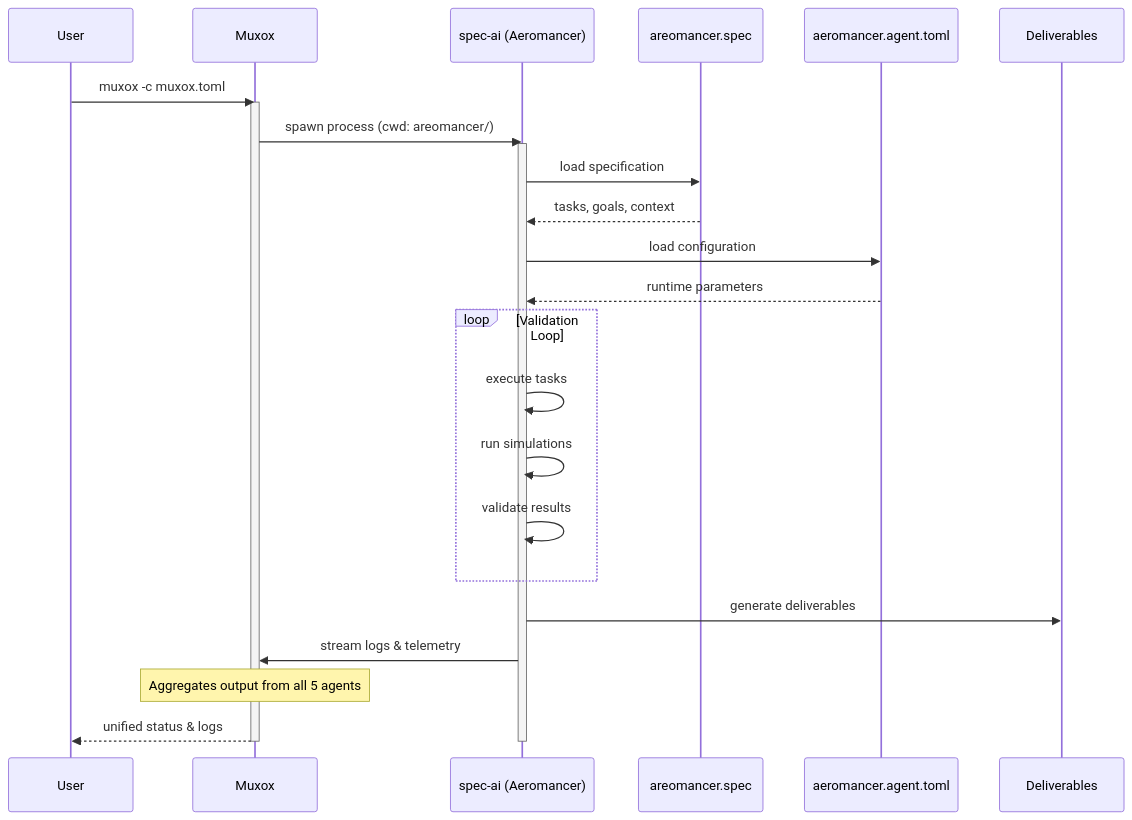
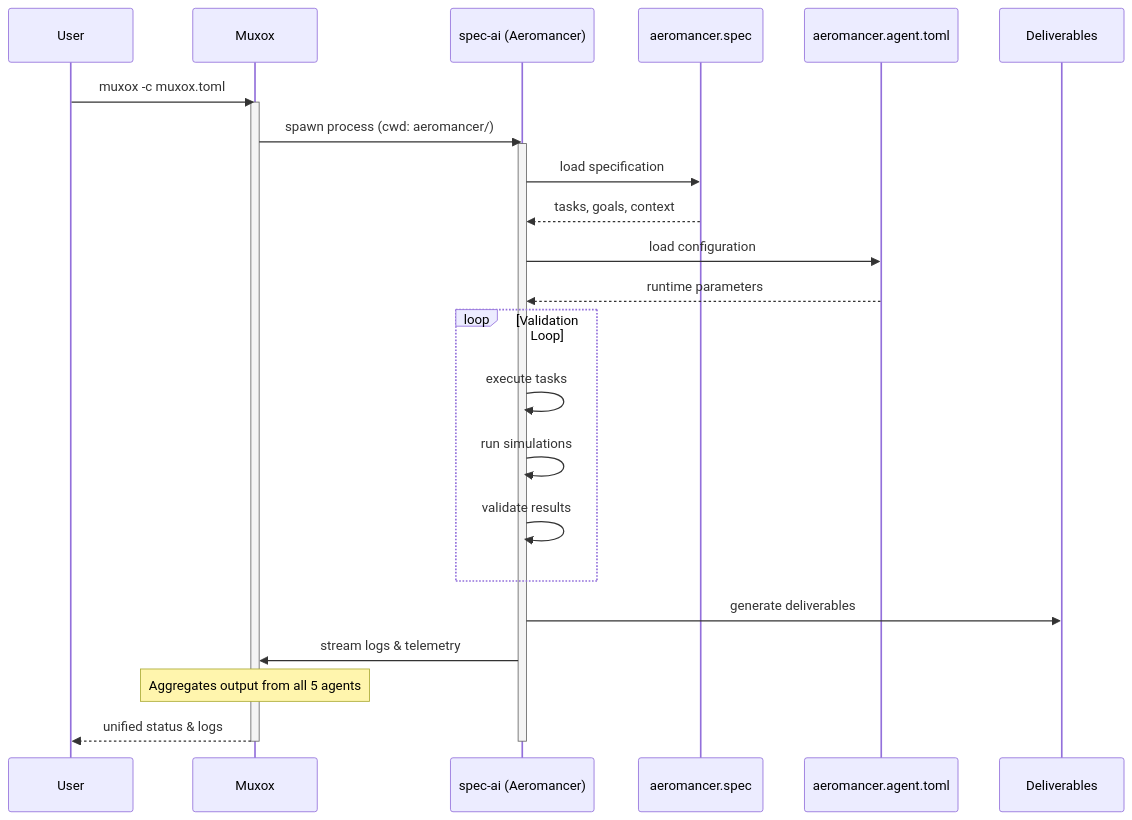
Before and after one commit to geoffsee/smenos: the second of 2 diagrams in ARCHITECTURE.md, drawn with Mermaid. The commit also changed other lines of this file and 8 other files, not shown here.

Commit message:
update configs to sync graphs

````diff
--- a/ARCHITECTURE.md
+++ b/ARCHITECTURE.md
@@ -158,37 +158,37 @@
 ```mermaid
 sequenceDiagram
     participant User
     participant Muxox
     participant SpecAI as spec-ai (Aeromancer)
-    participant Spec as areomancer.spec
+    participant Spec as aeromancer.spec
     participant Config as aeromancer.agent.toml
     participant Output as Deliverables
 
     User->>Muxox: muxox -c muxox.toml
     activate Muxox
 
-    Muxox->>SpecAI: spawn process (cwd: areomancer/)
+    Muxox->>SpecAI: spawn process (cwd: aeromancer/)
     activate SpecAI
 
     SpecAI->>Spec: load specification
     Spec-->>SpecAI: tasks, goals, context
 
     SpecAI->>Config: load configuration
     Config-->>SpecAI: runtime parameters
 
     loop Validation Loop
         SpecAI->>SpecAI: execute tasks
         SpecAI->>SpecAI: run simulations
         SpecAI->>SpecAI: validate results
     end
 
     SpecAI->>Output: generate deliverables
     SpecAI->>Muxox: stream logs & telemetry
 
     Note over Muxox: Aggregates output from all 5 agents
 
     Muxox-->>User: unified status & logs
 
     deactivate SpecAI
     deactivate Muxox
 ```
````
